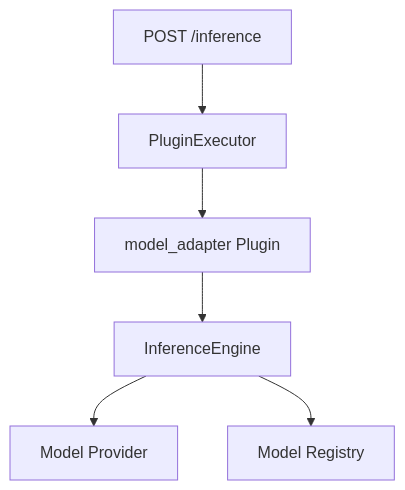
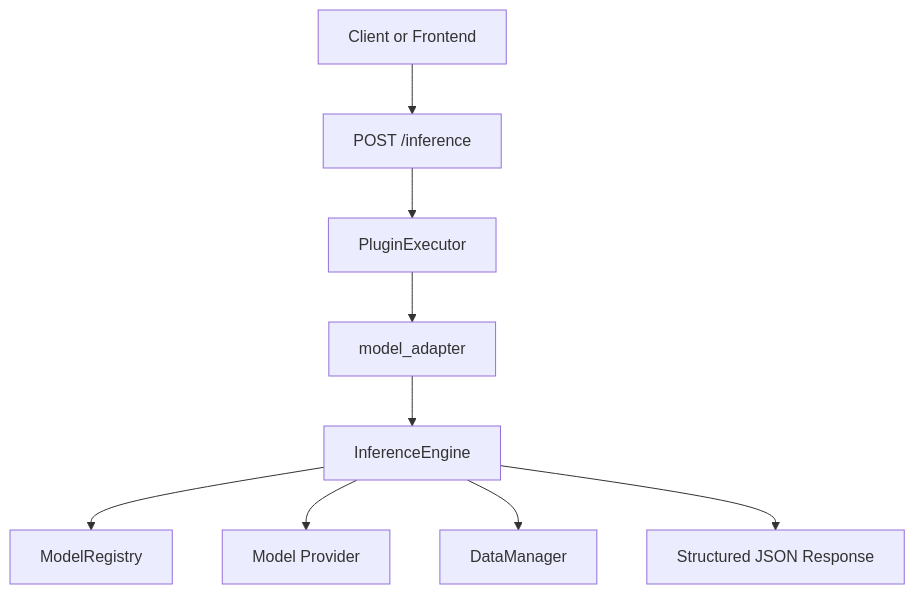
One commit to mohamadrahdan/GeoAI-Platform changed the third of 3 diagrams in docs/plugin-flow.md. Above: the diagram before and after it, drawn with Mermaid. The commit also changed other lines of this file, not shown here.

Commit message:
docs: align plugin flow with current inference architecture

````diff
--- a/docs/plugin-flow.md
+++ b/docs/plugin-flow.md
@@ -174,21 +271,21 @@
 ```mermaid
-graph TD
+flowchart TD
+    Client[Client or Frontend]
+    API[POST /inference]
+    Executor[PluginExecutor]
+    Adapter[model_adapter]
+    Engine[InferenceEngine]
+    Registry[ModelRegistry]
+    Provider[Model Provider]
+    Data[DataManager]
+    Response[Structured JSON Response]
 
-    A[POST /inference]
-
-    B[PluginExecutor]
-
-    C[model_adapter Plugin]
-
-    D[InferenceEngine]
-
-    E[Model Provider]
-
-    F[Model Registry]
-
-    A --> B
-    B --> C
-    C --> D
-    D --> E
-    D --> F
+    Client --> API
+    API --> Executor
+    Executor --> Adapter
+    Adapter --> Engine
+    Engine --> Registry
+    Engine --> Provider
+    Engine --> Data
+    Engine --> Response
 ```
````
